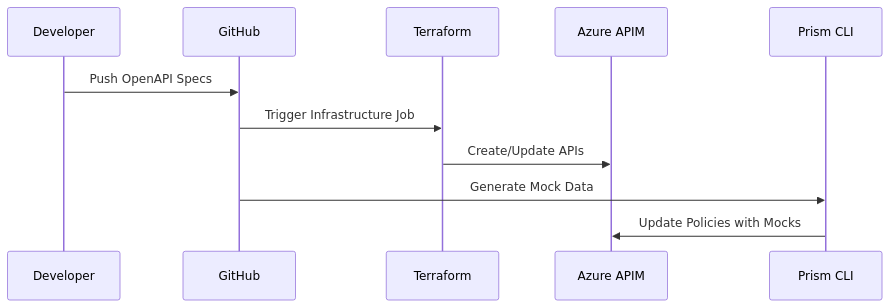
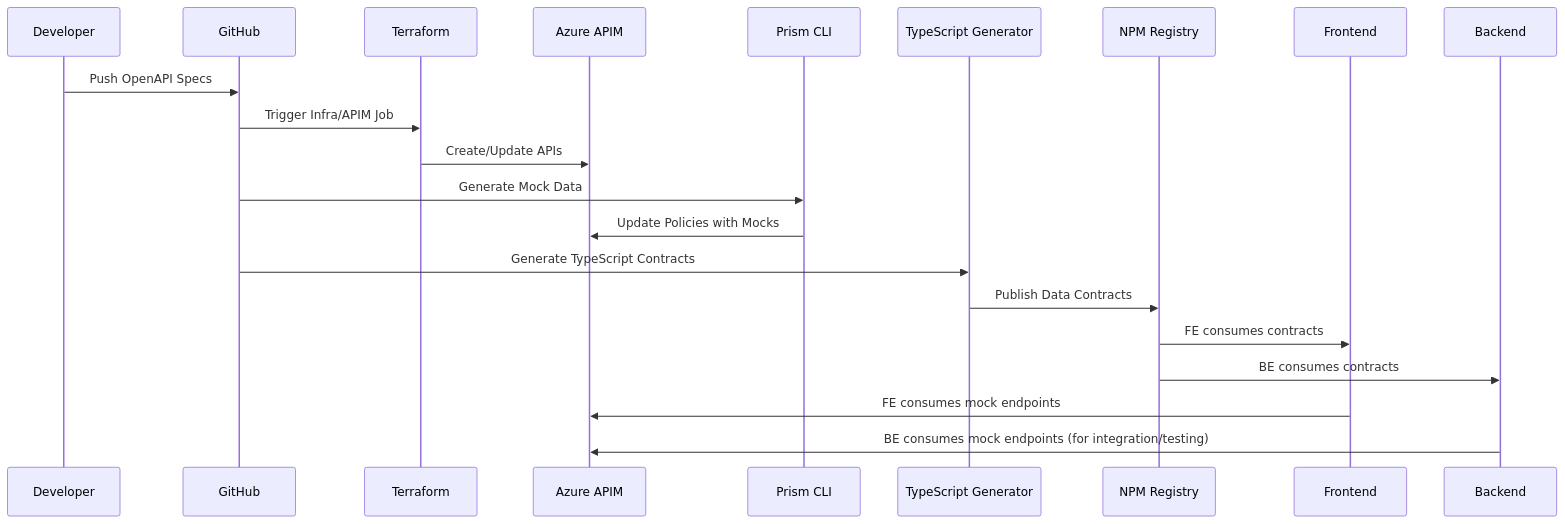
One commit to alighulamulhassan/poc-modern-engineering-with-data-contracts changed the diagram in docs/automation-flow.md. Above: the diagram before and after it, drawn with Mermaid. The commit also changed 6 other files, not shown here.

````diff
--- a/docs/automation-flow.md
+++ b/docs/automation-flow.md
@@ -1,14 +1,24 @@
 ```mermaid
 sequenceDiagram
     participant Dev as Developer
     participant GH as GitHub
     participant TF as Terraform
     participant APIM as Azure APIM
     participant Prism as Prism CLI
+    participant Types as TypeScript Generator
+    participant NPM as NPM Registry
+    participant FE as Frontend
+    participant BE as Backend
 
     Dev->>GH: Push OpenAPI Specs
-    GH->>TF: Trigger Infrastructure Job
+    GH->>TF: Trigger Infra/APIM Job
     TF->>APIM: Create/Update APIs
     GH->>Prism: Generate Mock Data
     Prism->>APIM: Update Policies with Mocks
+    GH->>Types: Generate TypeScript Contracts
+    Types->>NPM: Publish Data Contracts
+    NPM->>FE: FE consumes contracts
+    NPM->>BE: BE consumes contracts
+    FE->>APIM: FE consumes mock endpoints
+    BE->>APIM: BE consumes mock endpoints (for integration/testing)
 ```
````
